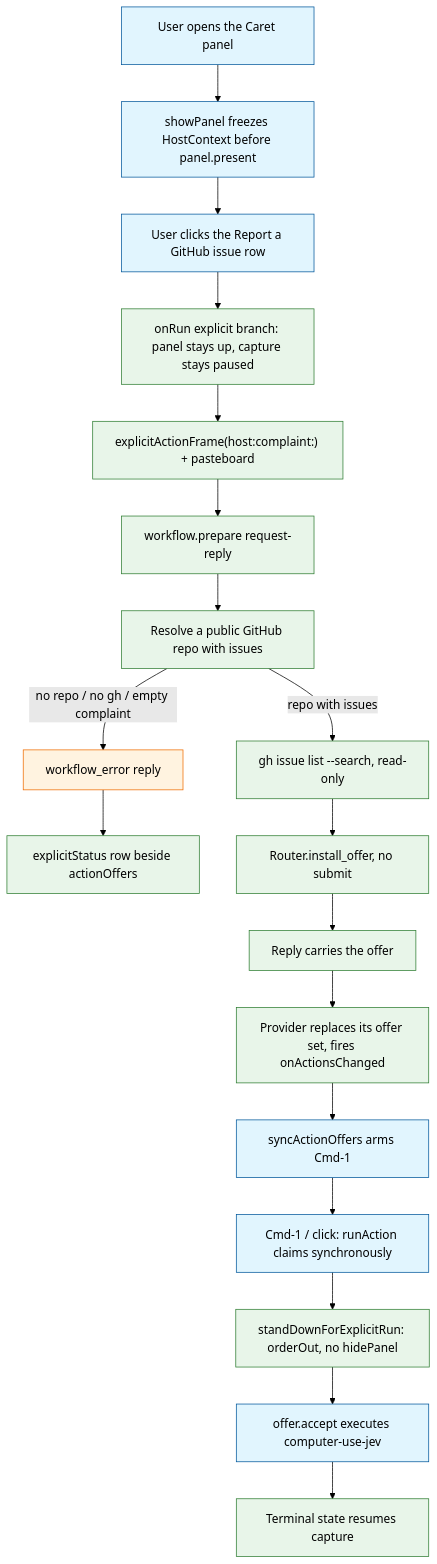
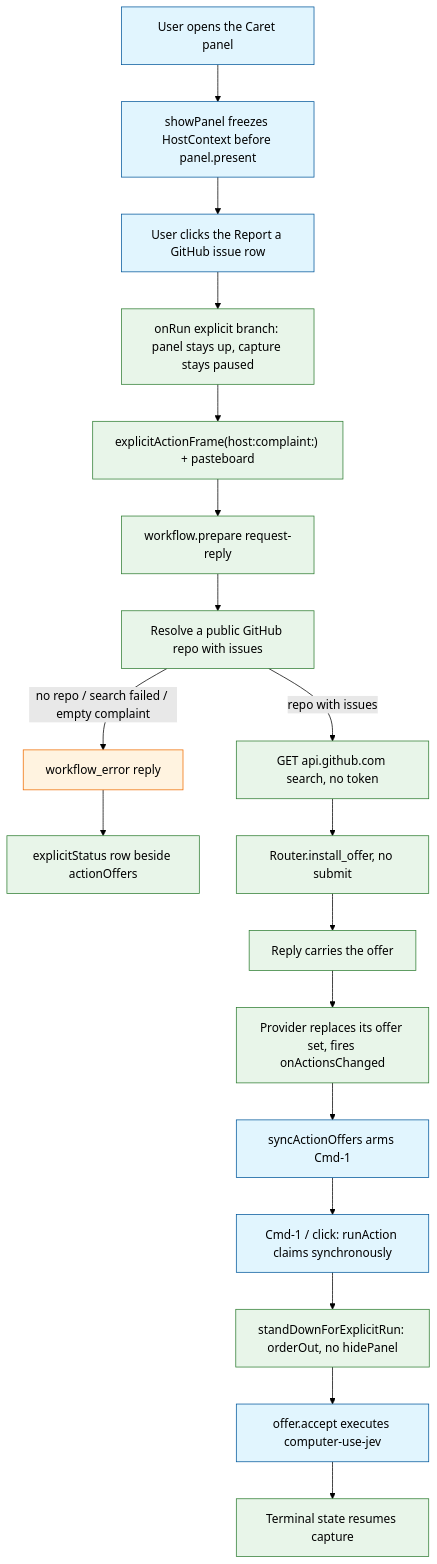
The first of 2 diagrams in memory-bank/active/tasks.md (theodorexli/Caret), drawn with Mermaid (forest theme) before and after one commit. The commit also changed other lines of this file and 4 other files, not shown here.

````diff
--- a/memory-bank/active/tasks.md
+++ b/memory-bank/active/tasks.md
@@ -17,24 +17,24 @@
 ```mermaid
 flowchart TD
     classDef existing fill:#e1f5fe,stroke:#01579b
     classDef local fill:#e8f5e9,stroke:#2e7d32
     classDef fail fill:#fff3e0,stroke:#ef6c00
 
     Open["User opens the Caret panel"]:::existing --> Host["showPanel freezes HostContext before panel.present"]:::existing
     Host --> Pick["User clicks the Report a GitHub issue row"]:::existing
     Pick --> Stay["onRun explicit branch: panel stays up, capture stays paused"]:::local
     Stay --> Frame["explicitActionFrame(host:complaint:) + pasteboard"]:::local
     Frame --> Prepare["workflow.prepare request-reply"]:::local
     Prepare --> Resolve["Resolve a public GitHub repo with issues"]:::local
-    Resolve -->|"no repo / no gh / empty complaint"| Fail["workflow_error reply"]:::fail
+    Resolve -->|"no repo / search failed / empty complaint"| Fail["workflow_error reply"]:::fail
     Fail --> Row["explicitStatus row beside actionOffers"]:::local
-    Resolve -->|"repo with issues"| Search["gh issue list --search, read-only"]:::local
+    Resolve -->|"repo with issues"| Search["GET api.github.com search, no token"]:::local
     Search --> Install["Router.install_offer, no submit"]:::local
     Install --> Reply["Reply carries the offer"]:::local
     Reply --> Sync["Provider replaces its offer set, fires onActionsChanged"]:::local
     Sync --> Arm["syncActionOffers arms Cmd-1"]:::existing
     Arm --> Accept["Cmd-1 / click: runAction claims synchronously"]:::existing
     Accept --> Down["standDownForExplicitRun: orderOut, no hidePanel"]:::local
     Down --> Jev["offer.accept executes computer-use-jev"]:::existing
     Jev --> Resume["Terminal state resumes capture"]:::local
 ```
````
